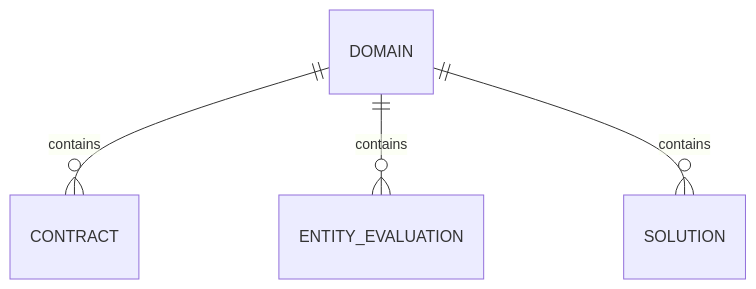
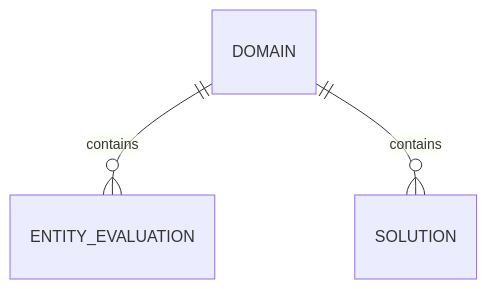
Before and after one commit to intuitem/ciso-assistant-community: the ninth of 10 diagrams in documentation/architecture/data-model.md, drawn with Mermaid. The commit also changed other lines of this file, not shown here.

````diff
--- a/documentation/architecture/data-model.md
+++ b/documentation/architecture/data-model.md
@@ -1179,6 +1168,5 @@
 ```mermaid
 erDiagram
-    DOMAIN          ||--o{ CONTRACT             : contains
     DOMAIN          ||--o{ ENTITY_EVALUATION    : contains
     DOMAIN          ||--o{ SOLUTION             : contains
 ```
````
